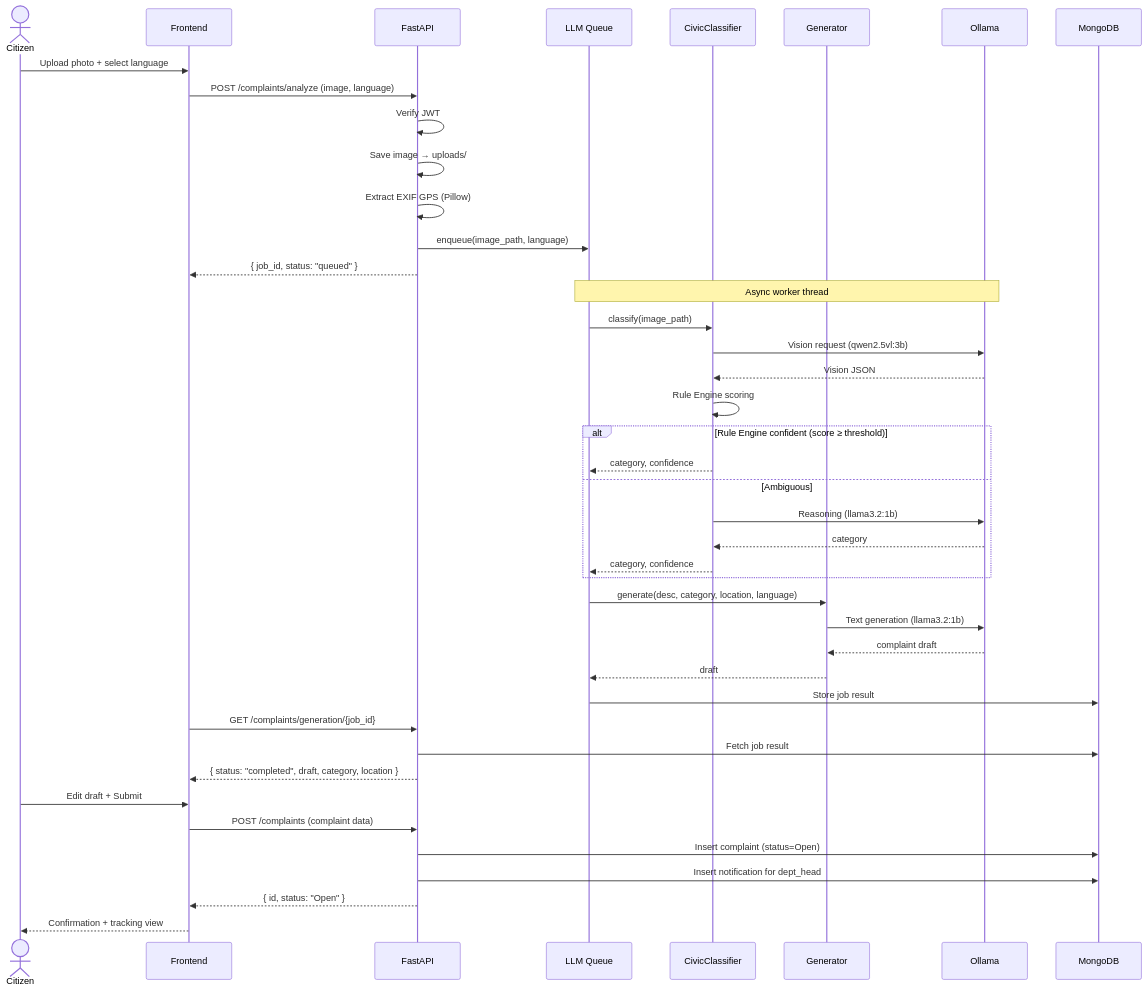
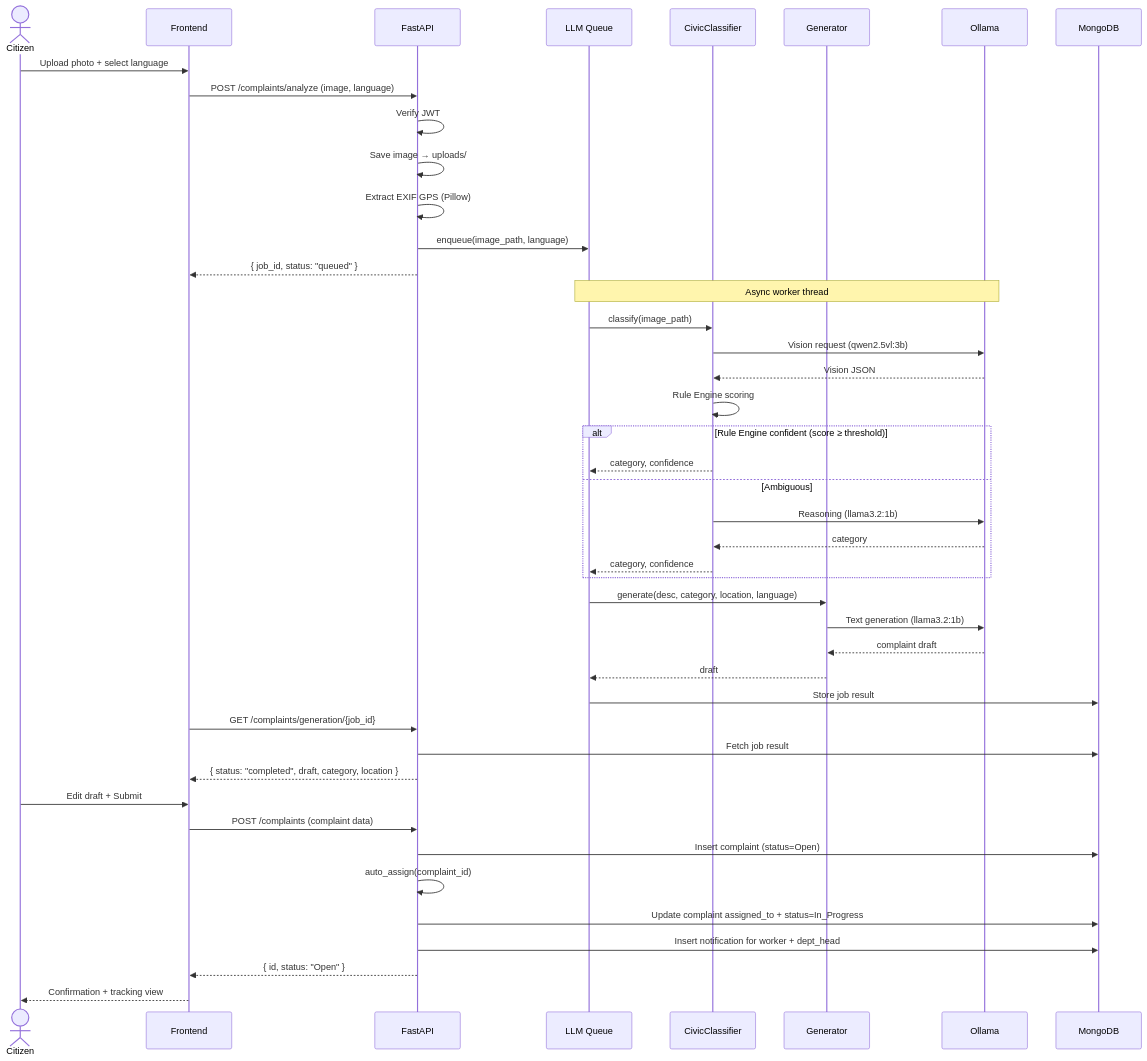
The fifth of 8 diagrams in docs/PROJECT_REPORT.md (ark5234/Jan-Sunwai-AI), drawn with Mermaid before and after one commit. The commit also changed other lines of this file and 2 other files, not shown here.

Commit message:
docs: Add initial project report, project synopsis, and system architecture documentation.

````diff
--- a/docs/PROJECT_REPORT.md
+++ b/docs/PROJECT_REPORT.md
@@ -757,51 +783,53 @@
 ```mermaid
 sequenceDiagram
     actor Citizen
     participant FE as Frontend
     participant API as FastAPI
     participant Queue as LLM Queue
     participant Cls as CivicClassifier
     participant Gen as Generator
     participant Ollama
     participant DB as MongoDB
 
     Citizen->>FE: Upload photo + select language
     FE->>API: POST /complaints/analyze (image, language)
     API->>API: Verify JWT
     API->>API: Save image → uploads/
     API->>API: Extract EXIF GPS (Pillow)
     API->>Queue: enqueue(image_path, language)
     API-->>FE: { job_id, status: "queued" }
 
     Note over Queue, Ollama: Async worker thread
 
     Queue->>Cls: classify(image_path)
     Cls->>Ollama: Vision request (qwen2.5vl:3b)
     Ollama-->>Cls: Vision JSON
     Cls->>Cls: Rule Engine scoring
 
     alt Rule Engine confident (score ≥ threshold)
         Cls-->>Queue: category, confidence
     else Ambiguous
         Cls->>Ollama: Reasoning (llama3.2:1b)
         Ollama-->>Cls: category
         Cls-->>Queue: category, confidence
     end
 
     Queue->>Gen: generate(desc, category, location, language)
     Gen->>Ollama: Text generation (llama3.2:1b)
     Ollama-->>Gen: complaint draft
     Gen-->>Queue: draft
     Queue->>DB: Store job result
 
     FE->>API: GET /complaints/generation/{job_id}
     API->>DB: Fetch job result
     API-->>FE: { status: "completed", draft, category, location }
 
     Citizen->>FE: Edit draft + Submit
     FE->>API: POST /complaints (complaint data)
     API->>DB: Insert complaint (status=Open)
-    API->>DB: Insert notification for dept_head
+    API->>API: auto_assign(complaint_id)
+    API->>DB: Update complaint assigned_to + status=In_Progress
+    API->>DB: Insert notification for worker + dept_head
     API-->>FE: { id, status: "Open" }
     FE-->>Citizen: Confirmation + tracking view
 ```
````
